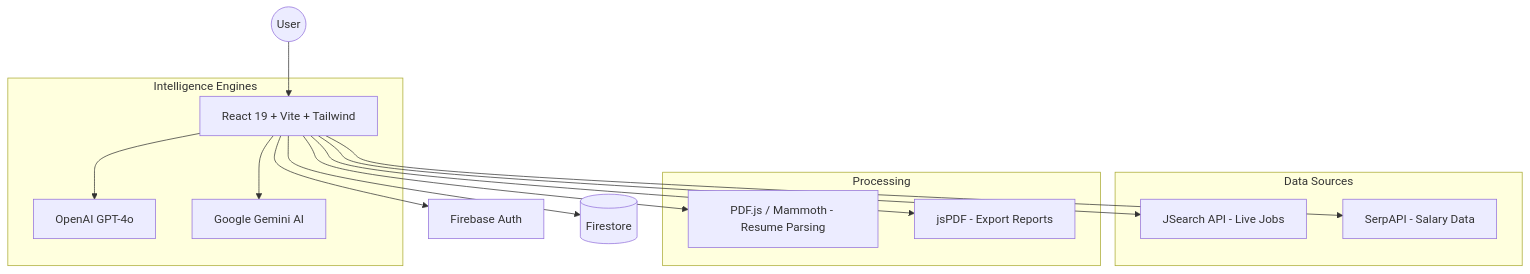
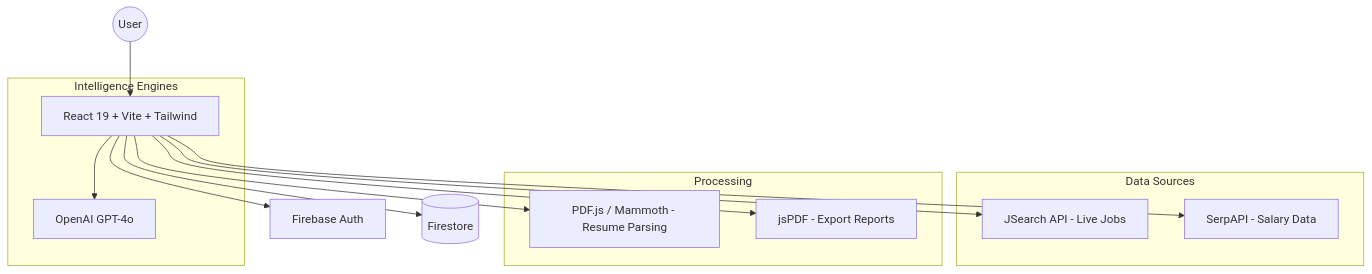
Before and after one commit to MaryumAkram16/RoshanAI: the diagram in README.md, drawn with Mermaid. The commit also changed other lines of this file and 38 other files, not shown here.

````diff
--- a/README.md
+++ b/README.md
@@ -91,21 +91,20 @@
 ```mermaid
 graph TD
     User((User)) --> Frontend[React 19 + Vite + Tailwind]
     Frontend --> Auth[Firebase Auth]
     Frontend --> DB[(Firestore)]
     
     subgraph "Intelligence Engines"
         Frontend --> OpenAI[OpenAI GPT-4o]
-        Frontend --> Gemini[Google Gemini AI]
     end
     
     subgraph "Data Sources"
         Frontend --> JSearch[JSearch API - Live Jobs]
         Frontend --> SerpAPI[SerpAPI - Salary Data]
     end
     
     subgraph "Processing"
         Frontend --> FileParser[PDF.js / Mammoth - Resume Parsing]
         Frontend --> PDFGen[jsPDF - Export Reports]
     end
 ```
````
